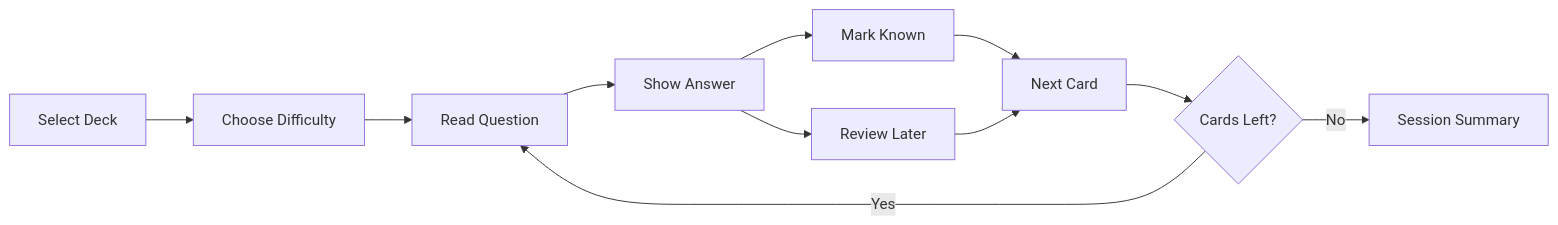
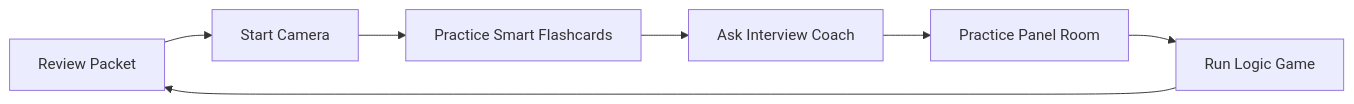
The second of 2 diagrams in docs/architecture.md (rohanpurohit7/Flashcard-App), drawn with Mermaid before and after one commit. The commit also changed other lines of this file and 7 other files, not shown here.

````diff
--- a/docs/architecture.md
+++ b/docs/architecture.md
@@ -29,13 +38,9 @@
 ```mermaid
 flowchart LR
-    Select[Select Deck] --> Filter[Choose Difficulty]
-    Filter --> Question[Read Question]
-    Question --> Answer[Show Answer]
-    Answer --> Known[Mark Known]
-    Answer --> Review[Review Later]
-    Known --> Next[Next Card]
-    Review --> Next
-    Next --> Complete{Cards Left?}
-    Complete -->|Yes| Question
-    Complete -->|No| Summary[Session Summary]
+    Packet[Review Packet] --> Camera[Start Camera]
+    Camera --> Cards[Practice Smart Flashcards]
+    Cards --> Coach[Ask Interview Coach]
+    Coach --> Room[Practice Panel Room]
+    Room --> Logic[Run Logic Game]
+    Logic --> Packet
 ```
````
